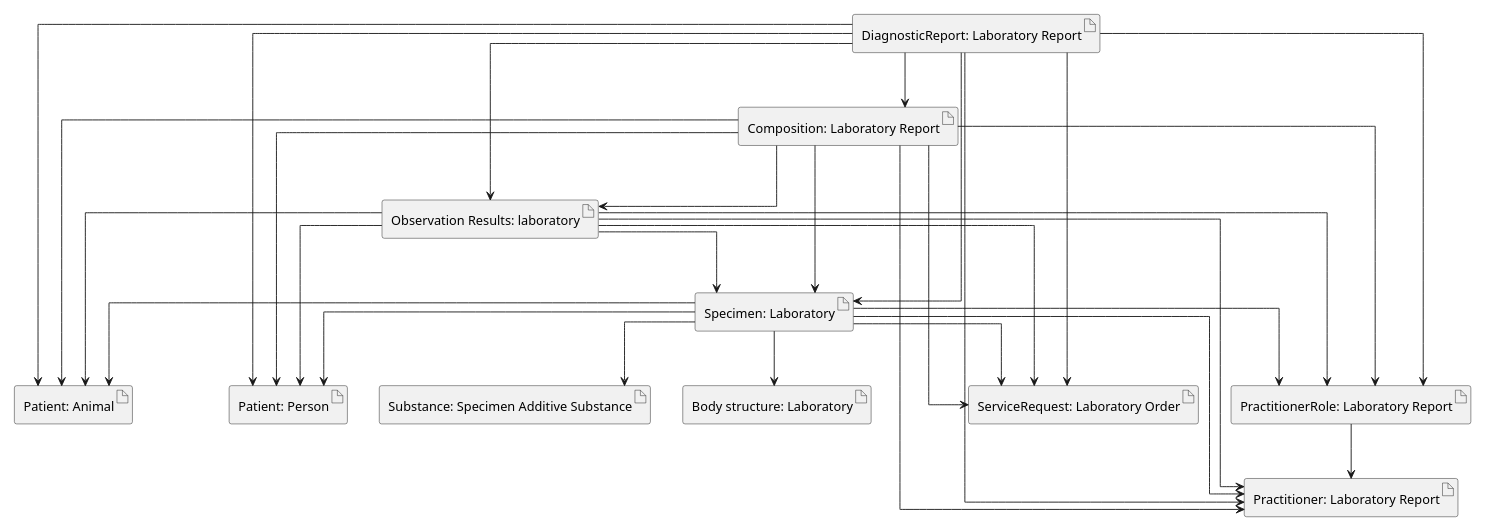
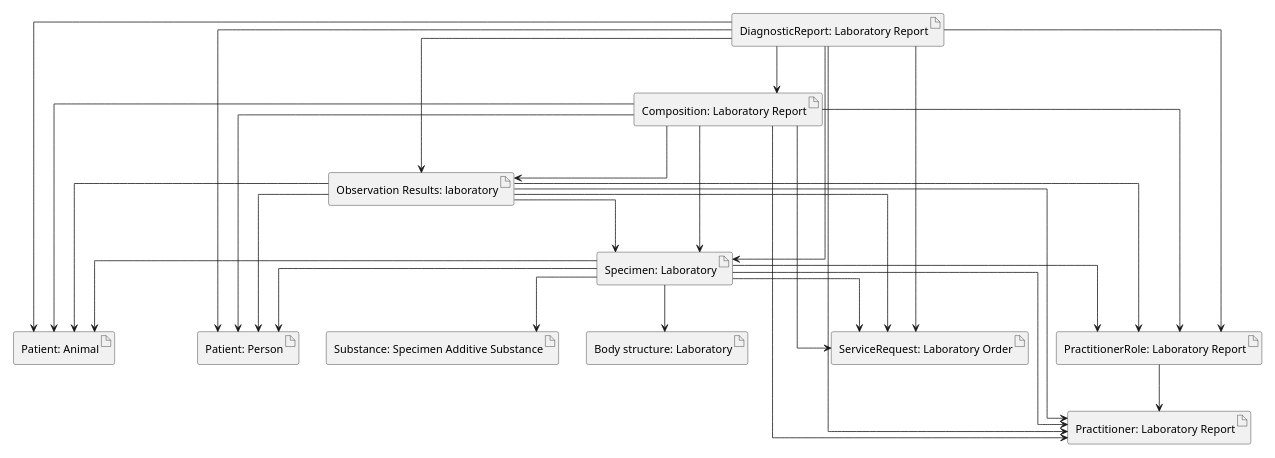
One commit to hl7-eu/laboratory changed the diagram in input/images-source/links-overview.plantuml. Above: the diagram before and after it, drawn with PlantUML. The commit also changed 2 other files, not shown here.

```diff
--- a/input/images-source/links-overview.plantuml
+++ b/input/images-source/links-overview.plantuml
@@ -1,66 +1,66 @@
 @startuml
 
 skinparam linetype ortho
-scale 0.7
+scale 0.6
 
 artifact "Composition: Laboratory Report" as composition
 artifact "DiagnosticReport: Laboratory Report" as diagnosticReport
 artifact "Observation Results: laboratory" as result
 artifact "Patient: Animal" as animalPatient
 artifact "Patient: Person" as humanPatient
 artifact "Practitioner: Laboratory Report" as Practitioner
 artifact "PractitionerRole: Laboratory Report" as PractitionerRole
 artifact "ServiceRequest: Laboratory Order" as ServiceRequest
 artifact "Specimen: Laboratory" as Specimen
 artifact "Substance: Specimen Additive Substance" as Substance
 artifact "Body structure: Laboratory" as bodyStructure
 
 
 url of composition is  [[StructureDefinition-Composition-eu-lab.html]]
 url of diagnosticReport is  [[StructureDefinition-DiagnosticReport-eu-lab.html]]
 url of result [[StructureDefinition-Observation-resultslab-eu-lab.html]]
 url of humanPatient [[StructureDefinition-Patient-eu-lab.html]]
 url of animalPatient [[StructureDefinition-Patient-animal-eu-lab.html]]
 url of Practitioner [[StructureDefinition-Practitioner-eu-lab.html]]
 url of PractitionerRole [[StructureDefinition-PractitionerRole-eu-lab.html]]
 url of ServiceRequest [[StructureDefinition-ServiceRequest-eu-lab.html]]
 url of Specimen [[StructureDefinition-Specimen-eu-lab.html]]
 url of Substance [[StructureDefinition-Substance-additive-eu-lab.html]]
 url of bodyStructure [[StructureDefinition-BodyStructure-eu-lab.html]]
 
 
 diagnosticReport --> composition
 diagnosticReport --> result
 diagnosticReport --> animalPatient
 diagnosticReport --> humanPatient
 diagnosticReport --> Practitioner
 diagnosticReport --> PractitionerRole
 diagnosticReport --> ServiceRequest
 diagnosticReport --> Specimen
 
 composition --> result
 composition --> animalPatient
 composition --> humanPatient
 composition --> Practitioner
 composition --> PractitionerRole
 composition --> ServiceRequest
 composition --> Specimen
 
 result --> animalPatient
 result --> humanPatient
 result --> Practitioner
 result --> PractitionerRole
 result --> ServiceRequest
 result --> Specimen
 
 Specimen --> animalPatient
 Specimen --> humanPatient
 Specimen --> Practitioner
 Specimen --> PractitionerRole
 Specimen --> ServiceRequest
 Specimen --> Substance
 Specimen --> bodyStructure
 
 PractitionerRole --> Practitioner
 
 @enduml
```
